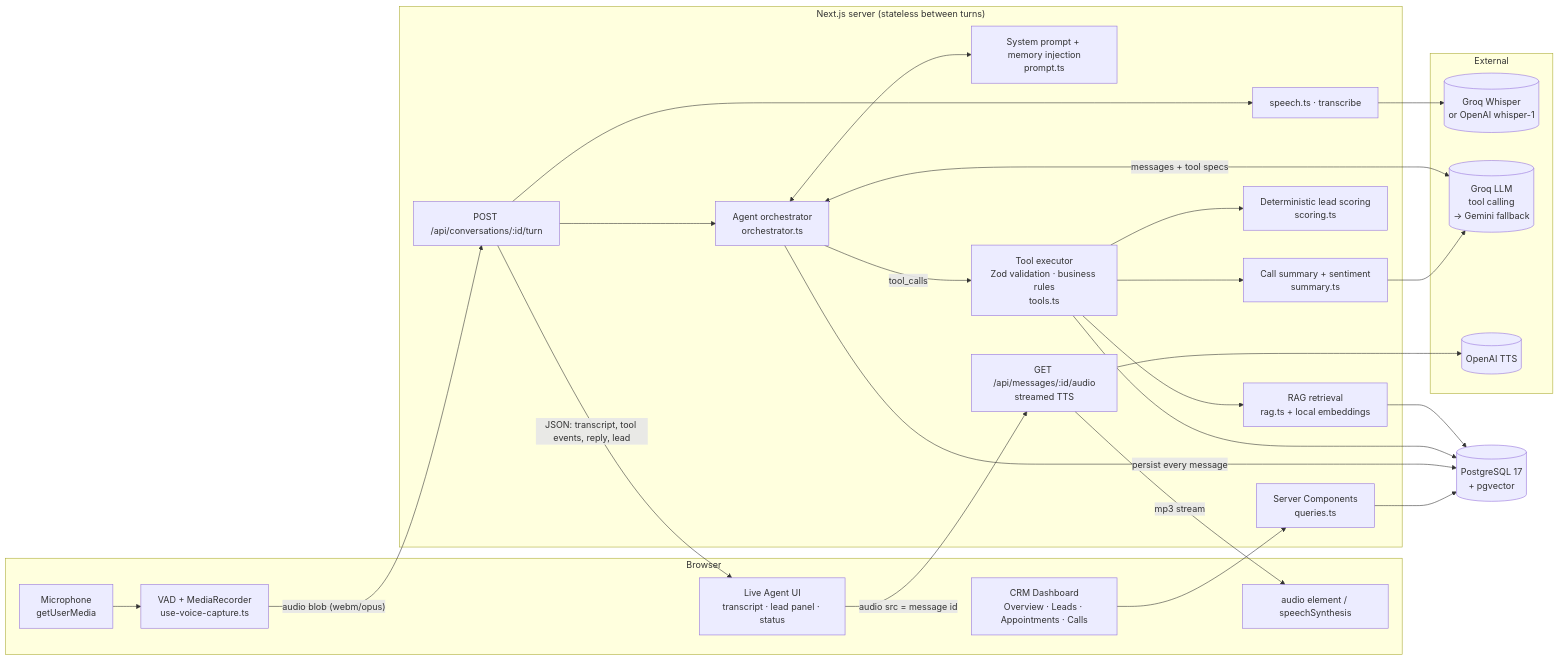
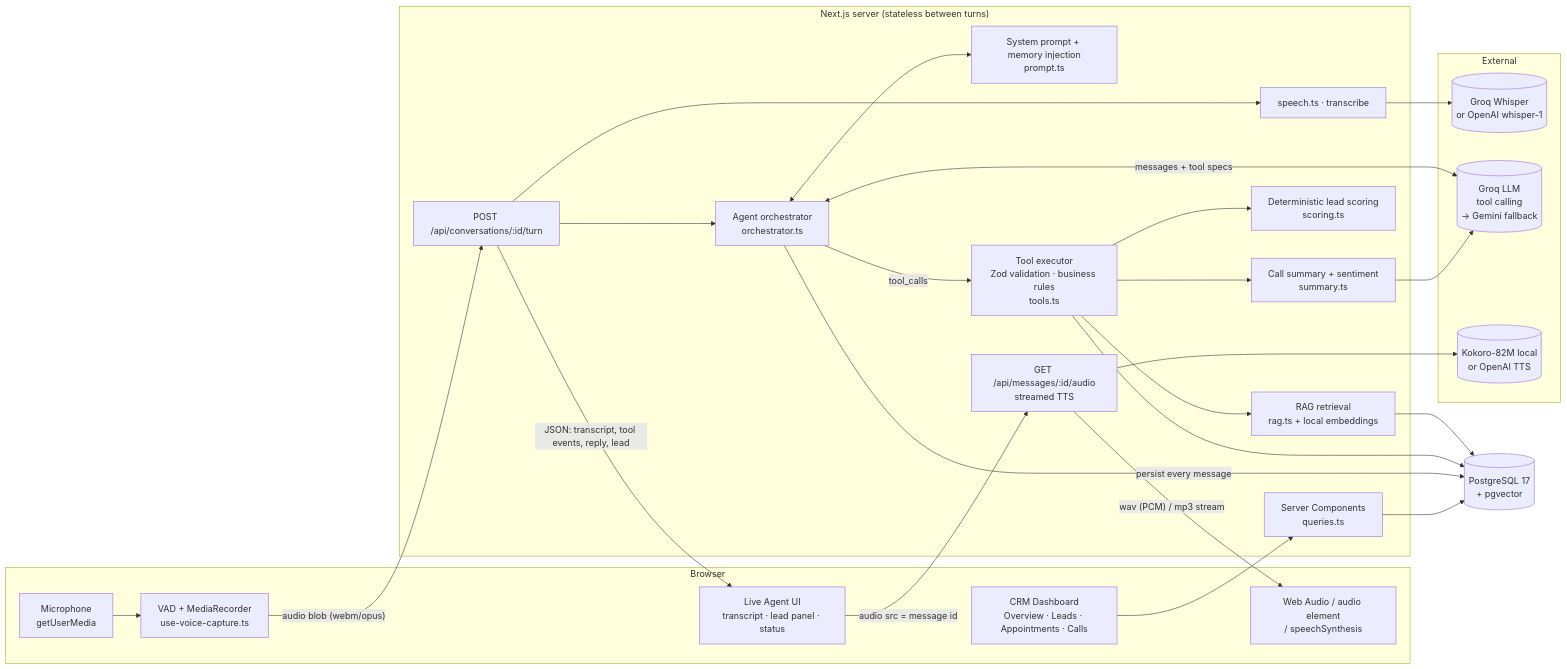
The first of 3 diagrams in docs/ARCHITECTURE.md (mildlybrutal/sales-agent), drawn with Mermaid before and after one commit. The commit also changed other lines of this file and 19 other files, not shown here.

First line of the commit message:
Add free local TTS (Kokoro-82M) and network error handling

````diff
--- a/docs/ARCHITECTURE.md
+++ b/docs/ARCHITECTURE.md
@@ -14,46 +14,46 @@
 ```mermaid
 flowchart LR
   subgraph Browser
     MIC[Microphone<br/>getUserMedia] --> VAD[VAD + MediaRecorder<br/>use-voice-capture.ts]
     UI[Live Agent UI<br/>transcript · lead panel · status]
-    SPK[audio element / speechSynthesis]
+    SPK[Web Audio / audio element<br/>/ speechSynthesis]
     DASH[CRM Dashboard<br/>Overview · Leads · Appointments · Calls]
   end
 
   subgraph "Next.js server (stateless between turns)"
     TURN[POST /api/conversations/:id/turn]
     STT[speech.ts · transcribe]
     ORCH[Agent orchestrator<br/>orchestrator.ts]
     PROMPT[System prompt + memory injection<br/>prompt.ts]
     TOOLS[Tool executor<br/>Zod validation · business rules<br/>tools.ts]
     RAG[RAG retrieval<br/>rag.ts + local embeddings]
     SCORE[Deterministic lead scoring<br/>scoring.ts]
     SUM[Call summary + sentiment<br/>summary.ts]
     TTS[GET /api/messages/:id/audio<br/>streamed TTS]
     RSC[Server Components<br/>queries.ts]
   end
 
   subgraph External
     WHISPER[(Groq Whisper<br/>or OpenAI whisper-1)]
     LLM[(Groq LLM<br/>tool calling<br/>→ Gemini fallback)]
-    OTTS[(OpenAI TTS)]
+    OTTS[(Kokoro-82M local<br/>or OpenAI TTS)]
   end
 
   PG[(PostgreSQL 17<br/>+ pgvector)]
 
   VAD -- "audio blob (webm/opus)" --> TURN
   TURN --> STT --> WHISPER
   TURN --> ORCH
   ORCH <--> PROMPT
   ORCH <-- "messages + tool specs" --> LLM
   ORCH -- "tool_calls" --> TOOLS
   TOOLS --> RAG --> PG
   TOOLS --> SCORE
   TOOLS --> SUM --> LLM
   TOOLS --> PG
   ORCH -- "persist every message" --> PG
   TURN -- "JSON: transcript, tool events, reply, lead" --> UI
   UI -- "audio src = message id" --> TTS --> OTTS
-  TTS -- "mp3 stream" --> SPK
+  TTS -- "wav (PCM) / mp3 stream" --> SPK
   DASH --> RSC --> PG
 ```
````
